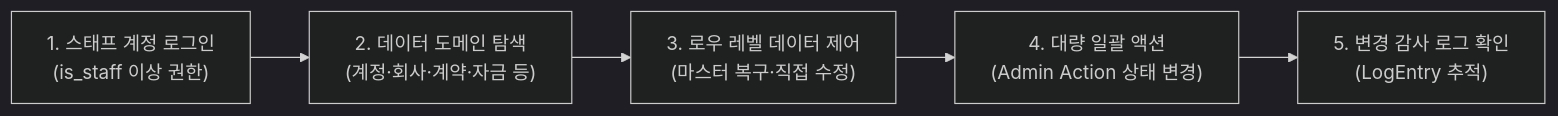
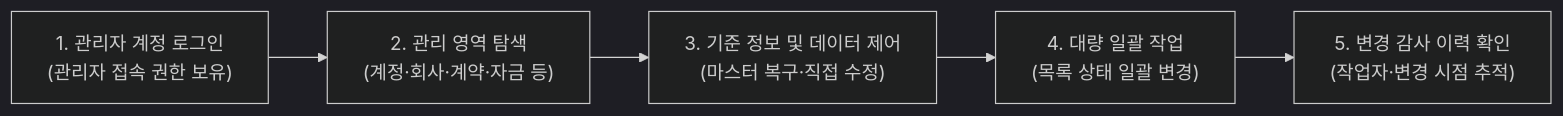
One commit to nc2U/ibs changed the diagram in app/vue/docs/authority/admin-page.md. Above: the diagram before and after it, drawn with Mermaid (dark theme). The commit also changed other lines of this file and 51 other files, not shown here.

````diff
--- a/app/vue/docs/authority/admin-page.md
+++ b/app/vue/docs/authority/admin-page.md
@@ -17,7 +16,7 @@
 ```mermaid
 flowchart LR
-    A["1. 스태프 계정 로그인<br/>(is_staff 이상 권한)"] --> B["2. 데이터 도메인 탐색<br/>(계정·회사·계약·자금 등)"]
-    B --> C["3. 로우 레벨 데이터 제어<br/>(마스터 복구·직접 수정)"]
-    C --> D["4. 대량 일괄 액션<br/>(Admin Action 상태 변경)"]
-    D --> E["5. 변경 감사 로그 확인<br/>(LogEntry 추적)"]
+    A["1. 관리자 계정 로그인<br/>(관리자 접속 권한 보유)"] --> B["2. 관리 영역 탐색<br/>(계정·회사·계약·자금 등)"]
+    B --> C["3. 기준 정보 및 데이터 제어<br/>(마스터 복구·직접 수정)"]
+    C --> D["4. 대량 일괄 작업<br/>(목록 상태 일괄 변경)"]
+    D --> E["5. 변경 감사 이력 확인<br/>(작업자·변경 시점 추적)"]
 ```
````
